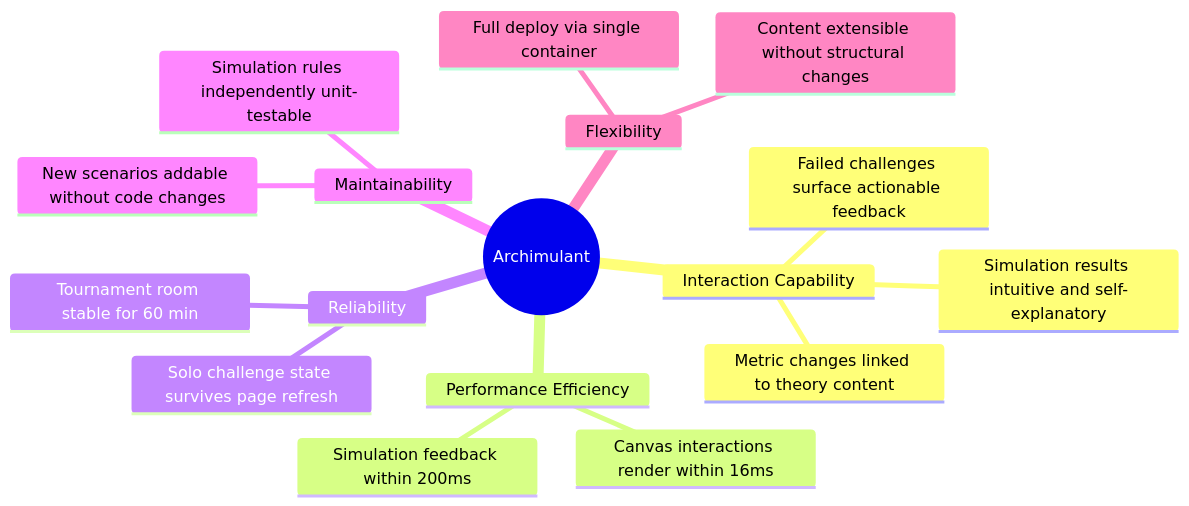
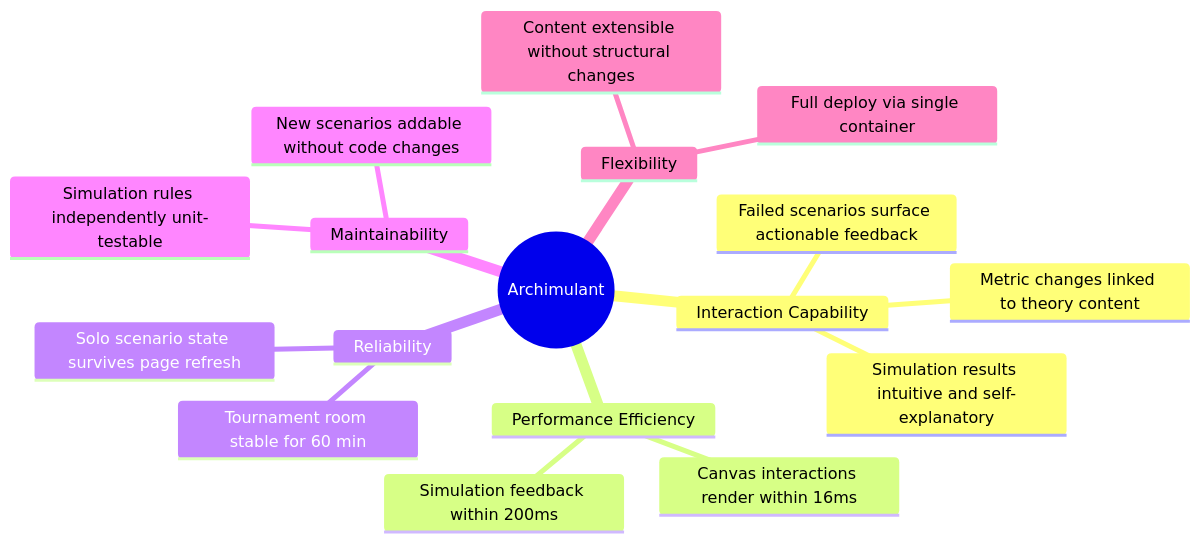
One commit to toblu96/archimulant changed the sixth of 6 diagrams in docs/arc42/arc42.md. Above: the diagram before and after it, drawn with Mermaid. The commit also changed other lines of this file and 15 other files, not shown here.

````diff
--- a/docs/arc42/arc42.md
+++ b/docs/arc42/arc42.md
@@ -309,20 +309,20 @@
 ```mermaid
 mindmap
   root((Archimulant))
     Interaction Capability
       Simulation results intuitive and self-explanatory
       Metric changes linked to theory content
-      Failed challenges surface actionable feedback
+      Failed scenarios surface actionable feedback
     Performance Efficiency
       Canvas interactions render within 16ms
       Simulation feedback within 200ms
     Reliability
       Tournament room stable for 60 min
-      Solo challenge state survives page refresh
+      Solo scenario state survives page refresh
     Maintainability
       New scenarios addable without code changes
       Simulation rules independently unit-testable
     Flexibility
       Full deploy via single container
       Content extensible without structural changes
 ```
````
